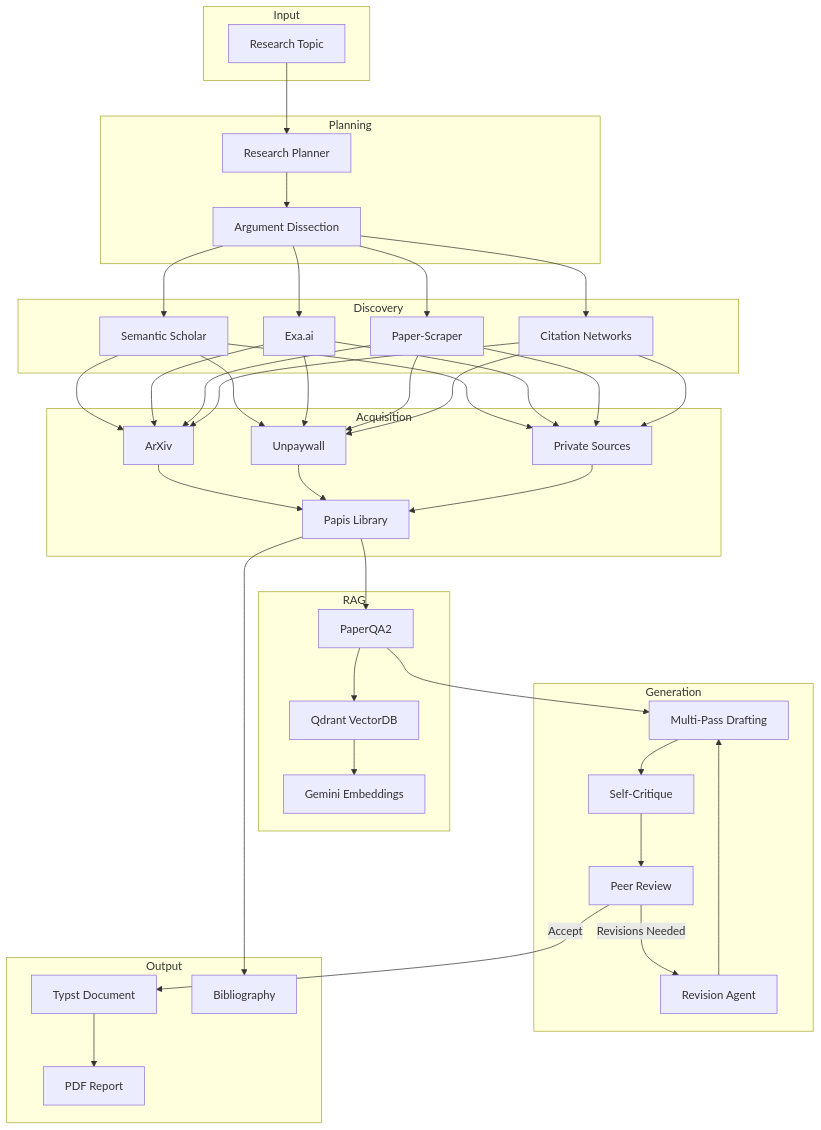
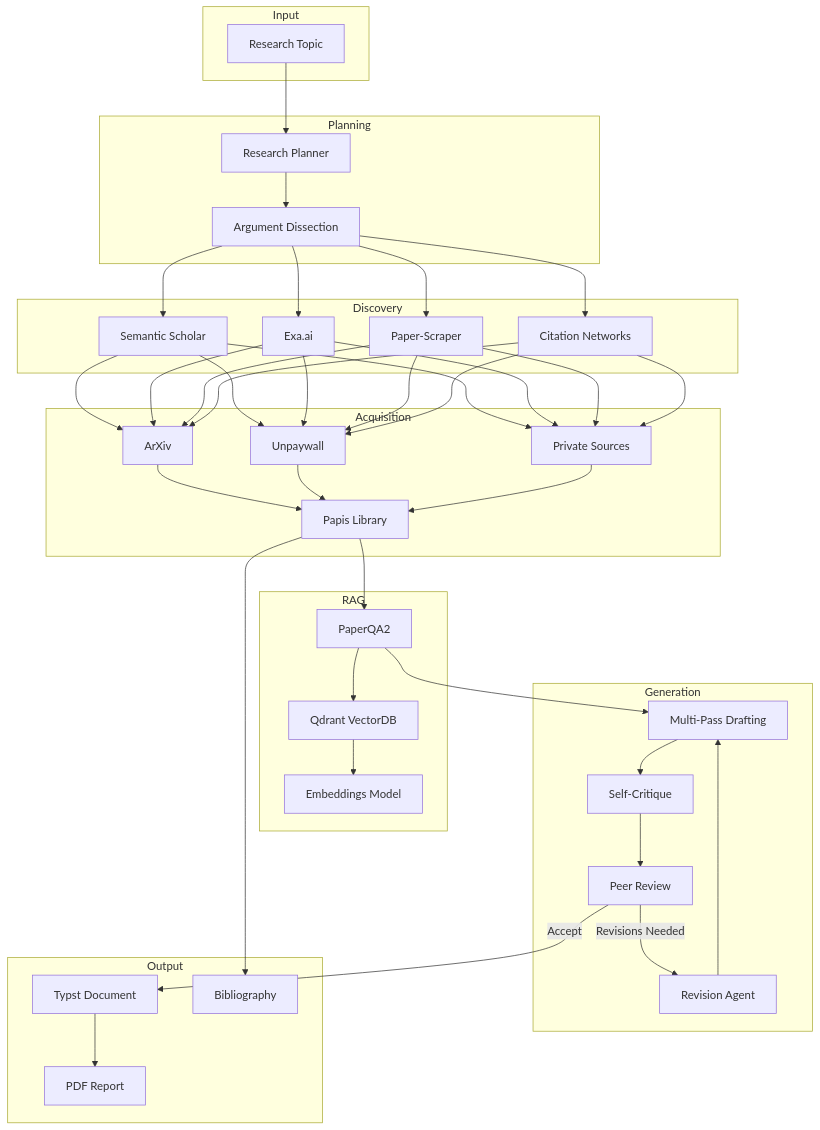
Before and after one commit to gbrlpzz/research-agent-cli: the diagram in README.md, drawn with Mermaid. The commit also changed other lines of this file and 52 other files, not shown here.

````diff
--- a/README.md
+++ b/README.md
@@ -223,56 +231,56 @@
 ```mermaid
 graph TB
     subgraph Input
         A[Research Topic]
     end
 
     subgraph Planning
         B[Research Planner]
         C[Argument Dissection]
     end
 
     subgraph Discovery
         D[Semantic Scholar]
         E[Exa.ai]
         F[Paper-Scraper]
         G[Citation Networks]
     end
 
     subgraph Acquisition
         H[ArXiv]
         I[Unpaywall]
         J[Private Sources]
         K[Papis Library]
     end
 
     subgraph RAG
         L[PaperQA2]
         M[Qdrant VectorDB]
-        N[Gemini Embeddings]
+        N[Embeddings Model]
     end
 
     subgraph Generation
         O[Multi-Pass Drafting]
         P[Self-Critique]
         Q[Peer Review]
         R[Revision Agent]
     end
 
     subgraph Output
         S[Typst Document]
         T[PDF Report]
         U[Bibliography]
     end
 
     A --> B --> C
     C --> D & E & F & G
     D & E & F & G --> H & I & J
     H & I & J --> K
     K --> L
     L --> M
     M --> N
     L --> O --> P --> Q
     Q -->|Revisions Needed| R --> O
     Q -->|Accept| S --> T
     K --> U
 ```
````
